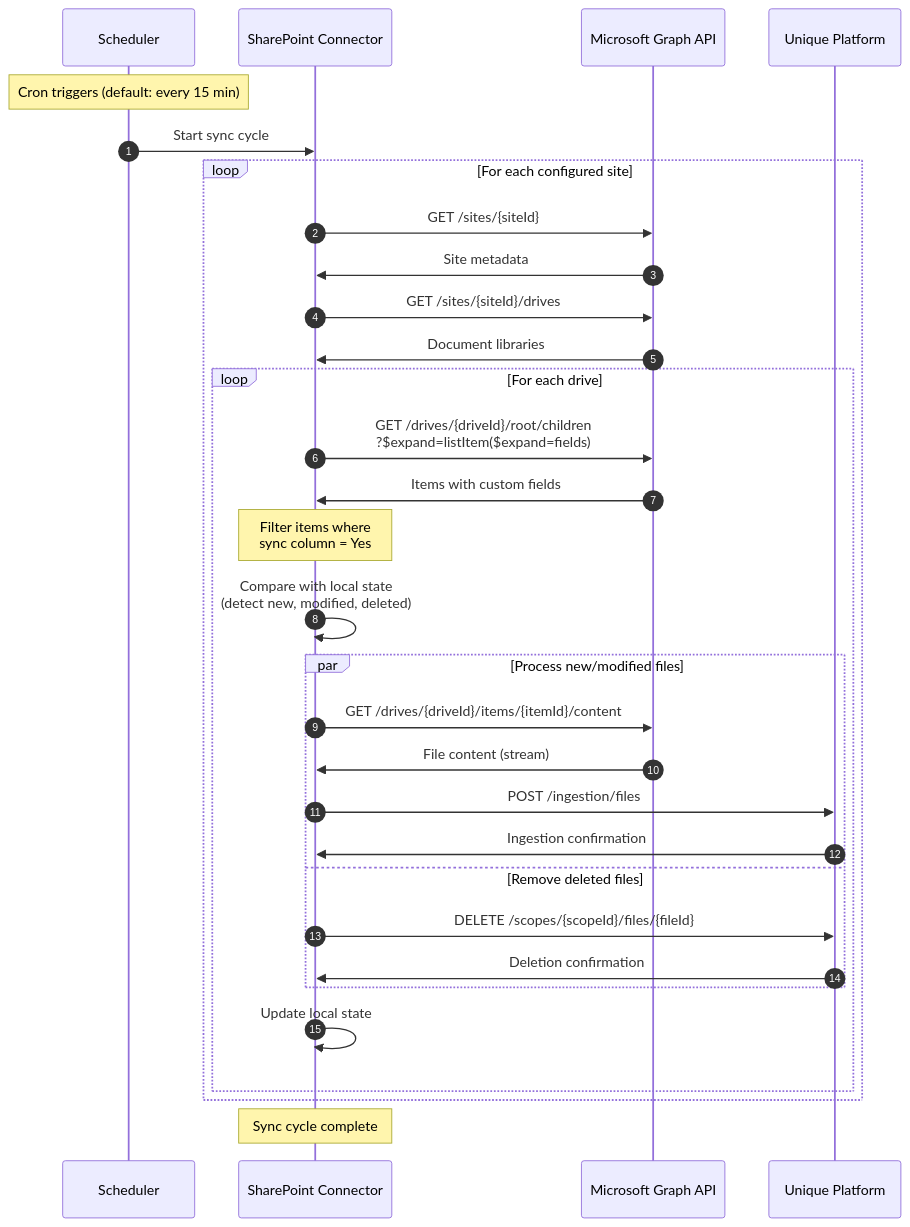
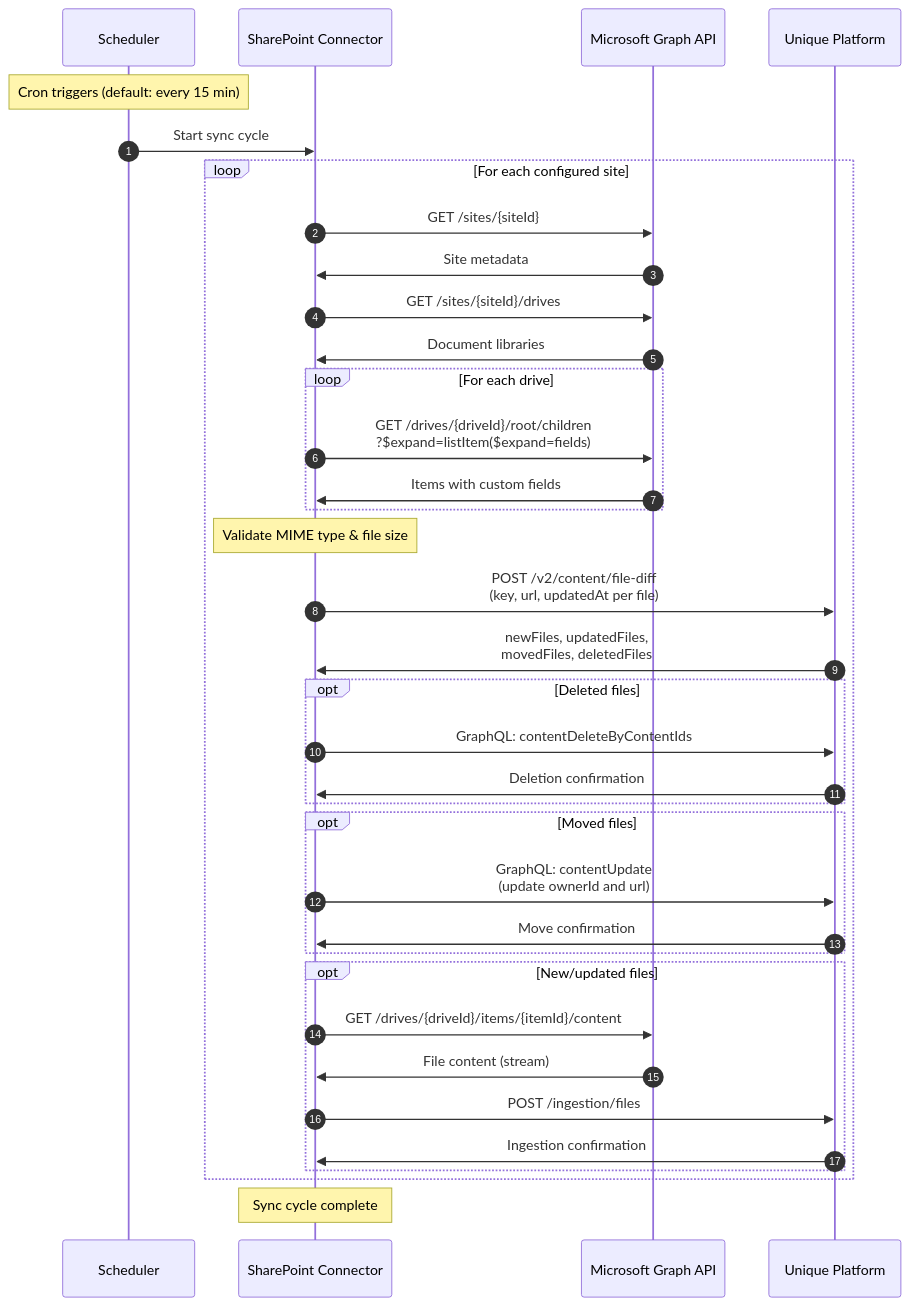
Before and after one commit to Unique-AG/connectors: the second of 10 diagrams in services/sharepoint-connector/docs/technical/flows.md, drawn with Mermaid. The commit also changed other lines of this file and 9 other files, not shown here.

````diff
--- a/services/sharepoint-connector/docs/technical/flows.md
+++ b/services/sharepoint-connector/docs/technical/flows.md
@@ -46,42 +47,48 @@
 ```mermaid
 sequenceDiagram
     autonumber
     participant Scheduler
     participant Connector as SharePoint Connector
     participant Graph as Microsoft Graph API
     participant Unique as Unique Platform
 
     Note over Scheduler: Cron triggers (default: every 15 min)
     Scheduler->>Connector: Start sync cycle
 
     loop For each configured site
         Connector->>Graph: GET /sites/{siteId}
         Graph->>Connector: Site metadata
 
         Connector->>Graph: GET /sites/{siteId}/drives
         Graph->>Connector: Document libraries
 
         loop For each drive
             Connector->>Graph: GET /drives/{driveId}/root/children<br/>?$expand=listItem($expand=fields)
             Graph->>Connector: Items with custom fields
+        end
 
-            Note over Connector: Filter items where<br/>sync column = Yes
+        Note over Connector: Validate MIME type & file size
 
-            Connector->>Connector: Compare with local state<br/>(detect new, modified, deleted)
+        Connector->>Unique: POST /v2/content/file-diff<br/>(key, url, updatedAt per file)
+        Unique->>Connector: newFiles, updatedFiles,<br/>movedFiles, deletedFiles
 
-            par Process new/modified files
-                Connector->>Graph: GET /drives/{driveId}/items/{itemId}/content
-                Graph->>Connector: File content (stream)
-                Connector->>Unique: POST /ingestion/files
-                Unique->>Connector: Ingestion confirmation
-            and Remove deleted files
-                Connector->>Unique: DELETE /scopes/{scopeId}/files/{fileId}
-                Unique->>Connector: Deletion confirmation
-            end
+        opt Deleted files
+            Connector->>Unique: GraphQL: contentDeleteByContentIds
+            Unique->>Connector: Deletion confirmation
+        end
 
-            Connector->>Connector: Update local state
+        opt Moved files
+            Connector->>Unique: GraphQL: contentUpdate<br/>(update ownerId and url)
+            Unique->>Connector: Move confirmation
+        end
+
+        opt New/updated files
+            Connector->>Graph: GET /drives/{driveId}/items/{itemId}/content
+            Graph->>Connector: File content (stream)
+            Connector->>Unique: POST /ingestion/files
+            Unique->>Connector: Ingestion confirmation
         end
     end
 
     Note over Connector: Sync cycle complete
 ```
````
